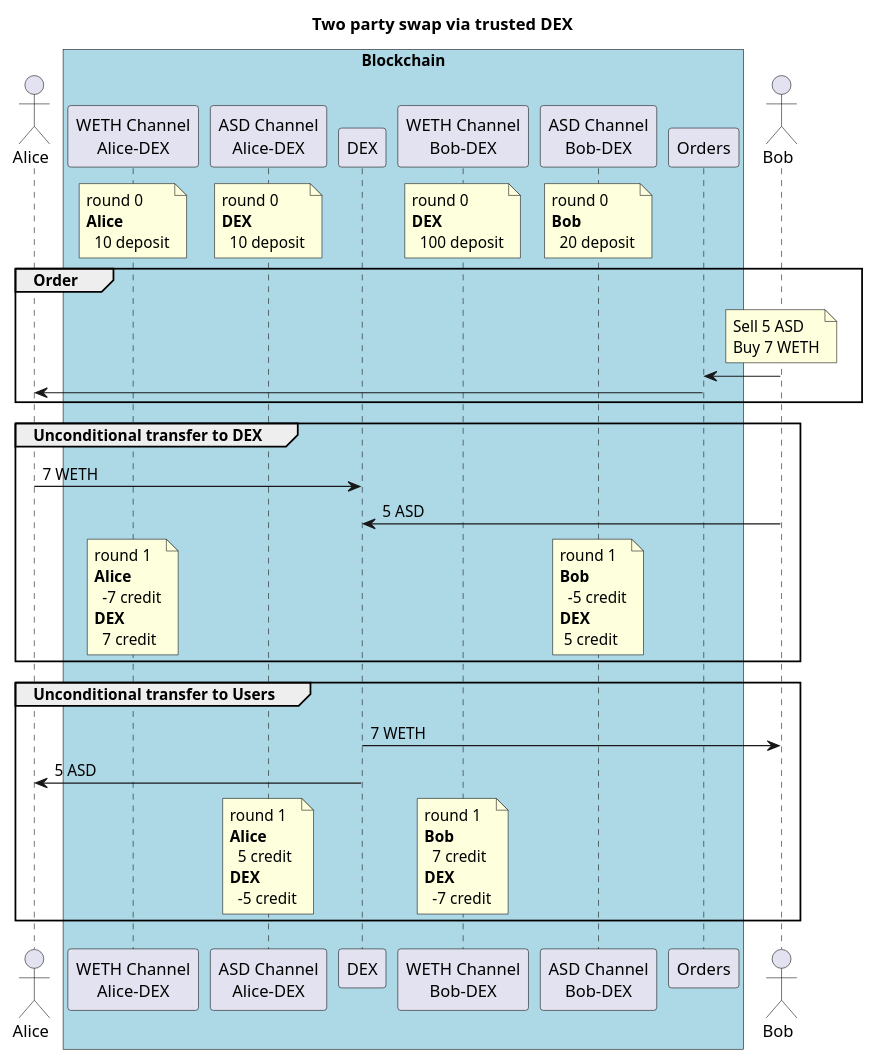
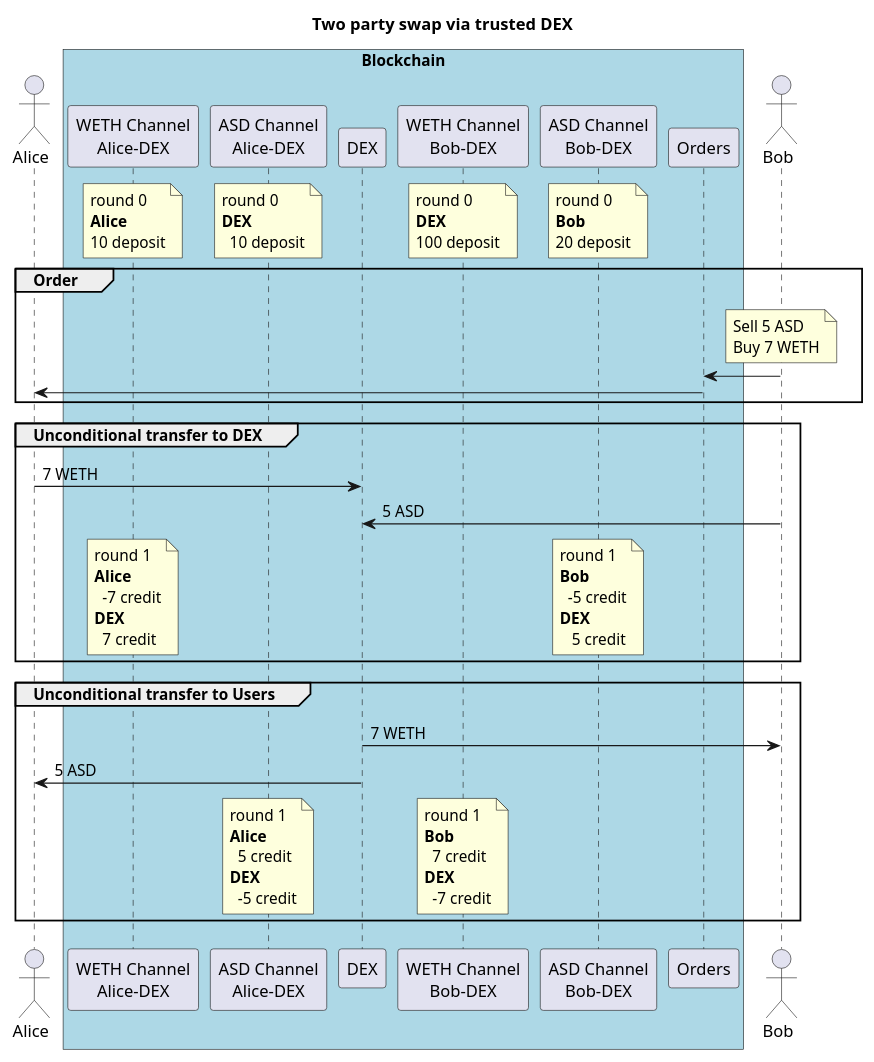
The diagram in src/state_channel/two-party-trusted-dex-swap.puml (enumatech/cljs-abi-viewer), drawn with PlantUML before and after one commit. The commit also changed 5 other files, not shown here.

Commit message:
Convert single-line notes in sequence diagrams into multi-line syntax

```diff
--- a/src/state_channel/two-party-trusted-dex-swap.puml
+++ b/src/state_channel/two-party-trusted-dex-swap.puml
@@ -1,63 +1,110 @@
 @startuml
 !pragma teoz true
 
 title Two party swap via trusted DEX
 ' Assume we have an open channel with sufficient deposit
 actor Alice as A
 
 box "Blockchain" #lightblue
     participant "WETH Channel\nAlice-DEX" as wethalice
     participant "ASD Channel\nAlice-DEX" as asdalice
     participant "DEX" as dex
     participant "WETH Channel\nBob-DEX" as wethbob
     participant "ASD Channel\nBob-DEX" as asdbob
     ' participant "WETH token" as weth
     ' participant "ASD token" as asd
     participant "Orders" as O
     end box
 
 actor Bob as B
 
-' note over weth: **Balances**:\n  50 Alice\n  10 Alice-Dex\n100 Bob-Dex
-' / note over asd: **Balances**:\n  80 Bob\n  20 Bob-Dex\n  10 Alice-Dex
+'note over weth
+'    **Balances**:
+'      50 Alice
+'      10 Alice-Dex
+'      100 Bob-Dex
+'end note
+'
+'/ note over asd
+'    **Balances**:
+'      80 Bob
+'      20 Bob-Dex
+'      10 Alice-Dex
+'end note
 
-note over wethalice: round 0\n**Alice**\n  10 deposit
-/ note over asdalice: round 0\n**DEX**\n  10 deposit
-/ note over wethbob: round 0\n**DEX**\n  100 deposit
-/ note over asdbob: round 0\n**Bob**\n  20 deposit
+note over wethalice
+    round 0
+    **Alice**
+    10 deposit
+end note
 
+/ note over asdalice
+    round 0
+    **DEX**
+      10 deposit
+end note
+
+/ note over wethbob
+    round 0
+    **DEX**
+    100 deposit
+end note
+
+/ note over asdbob
+    round 0
+    **Bob**
+    20 deposit
+end note
 
 
 group Order
     note over B: Sell 5 ASD\nBuy 7 WETH
     B -> O:
     O -> A:
 end
 
 group Unconditional transfer to DEX
 
     A -> dex: 7 WETH
     B -> dex: 5 ASD
 
-    note over wethalice: round 1\n**Alice**\n  -7 credit\n**DEX**\n  7 credit
-    / note over asdbob: round 1\n**Bob**\n  -5 credit\n**DEX**\n 5 credit
+    note over wethalice
+        round 1
+        **Alice**
+          -7 credit
+        **DEX**
+          7 credit
+    end note
 
+    / note over asdbob
+        round 1
+        **Bob**
+          -5 credit
+        **DEX**
+           5 credit
+    end note
 end
 
 group Unconditional transfer to Users
 
     dex -> B: 7 WETH
     dex -> A: 5 ASD
 
-    note over wethbob: round 1\n**Bob**\n  7 credit\n**DEX**\n  -7 credit
-    / note over asdalice: round 1\n**Alice**\n  5 credit\n**DEX**\n  -5 credit
+    note over wethbob
+        round 1
+        **Bob**
+          7 credit
+        **DEX**
+          -7 credit
+    end note
 
+    / note over asdalice
+        round 1
+        **Alice**
+          5 credit
+        **DEX**
+          -5 credit
+    end note
 end
 
-
-
-
-' note over weth: **Balances**:\n  53 WETH — Alice\n  7 WETH — Bob\n  0 WETH — WETH Channel
-' / note over asd: **Balances**:\n  5 ASD — Alice\n  95 ASD — Bob\n  0 ASD — ASD Channel
-
 @enduml
```
